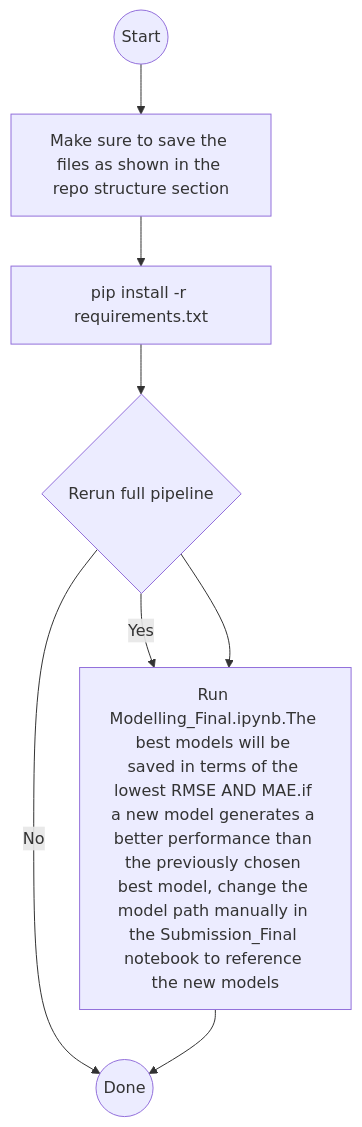
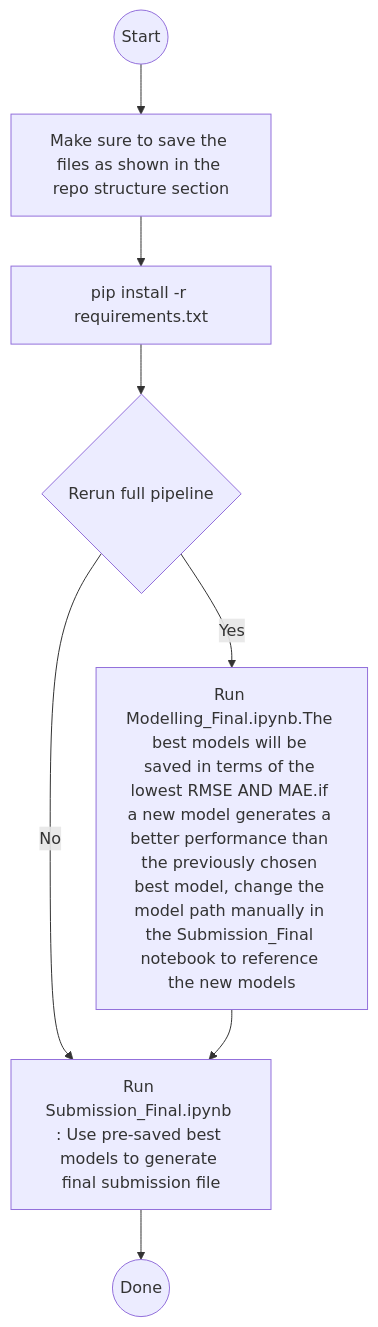
The diagram in README.md (Julie-Montague/Zindi-Maize-Price-Prediction-Challenge), drawn with Mermaid before and after one commit.

````diff
--- a/README.md
+++ b/README.md
@@ -25,16 +25,14 @@
 ```mermaid
 flowchart TD
     %% Workflow for training & submission
 
     A((Start)) --> B[Make sure to save the files as shown in the repo structure section]
     B --> C[pip install -r requirements.txt]
-
-    %% Optional: model tuning
     C --> D{Rerun full pipeline}
     D -- Yes --> E[Run Modelling_Final.ipynb.The best models will be saved in terms of the lowest RMSE AND MAE.if a new model generates a better performance than the previously chosen best model, change the model path manually in the Submission_Final notebook to reference the new models]
-    D -- No  --> F[Submission_Final.ipynb : Use pre-saved best models to generate final submission file]
+    D -- No  --> F[Run Submission_Final.ipynb : Use pre-saved best models to generate final submission file]
 
     %% Final submission
-    D --> E
-    E --> F((Done))
+    E --> F
+    F --> G((Done))
 ```
````
